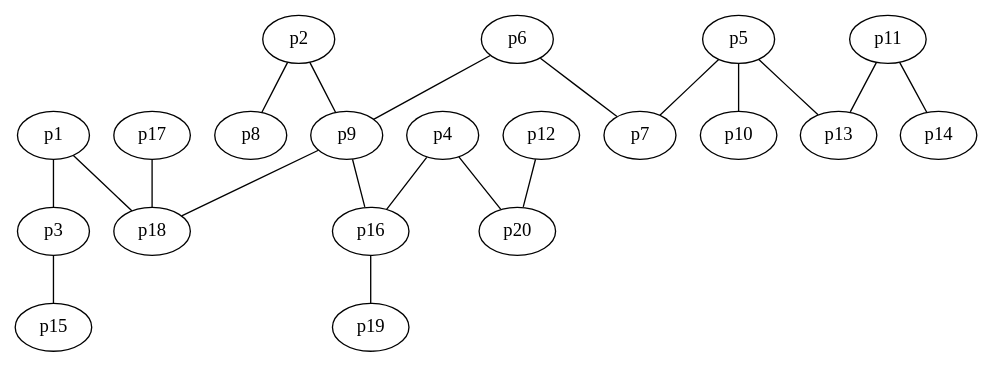
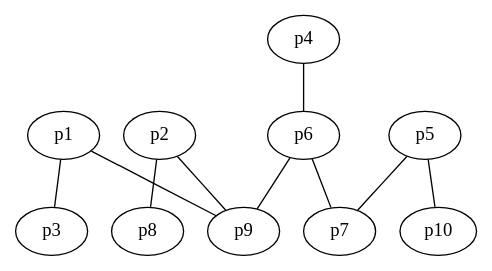
The diagram in practica11/emst_tree.dot (rmz01/CyA), drawn with Graphviz before and after one commit. The commit also changed 5 other files, not shown here.

```diff
--- a/practica11/emst_tree.dot
+++ b/practica11/emst_tree.dot
@@ -1,41 +1,21 @@
 graph {
   p1 [pos="68,21!"]
   p2 [pos="57,-60!"]
   p3 [pos="82,60!"]
   p4 [pos="-33,-54!"]
   p5 [pos="-44,-11!"]
   p6 [pos="-5,-26!"]
   p7 [pos="-27,-3!"]
   p8 [pos="90,-83!"]
   p9 [pos="27,-43!"]
   p10 [pos="-72,-21!"]
-  p11 [pos="-97,51!"]
-  p12 [pos="-73,-61!"]
-  p13 [pos="-69,20!"]
-  p14 [pos="-74,78!"]
-  p15 [pos="100,56!"]
-  p16 [pos="3,-68!"]
-  p17 [pos="23,41!"]
-  p18 [pos="28,-5!"]
-  p19 [pos="-1,-95!"]
-  p20 [pos="-41,-54!"]
-  p3 -- p15
   p1 -- p3
-  p11 -- p14
-  p4 -- p20
-  p12 -- p20
   p5 -- p7
   p5 -- p10
   p6 -- p7
   p2 -- p9
-  p16 -- p19
-  p9 -- p16
   p6 -- p9
-  p9 -- p18
-  p4 -- p16
-  p5 -- p13
+  p4 -- p6
   p2 -- p8
-  p11 -- p13
-  p17 -- p18
-  p1 -- p18
+  p1 -- p9
 }
```
